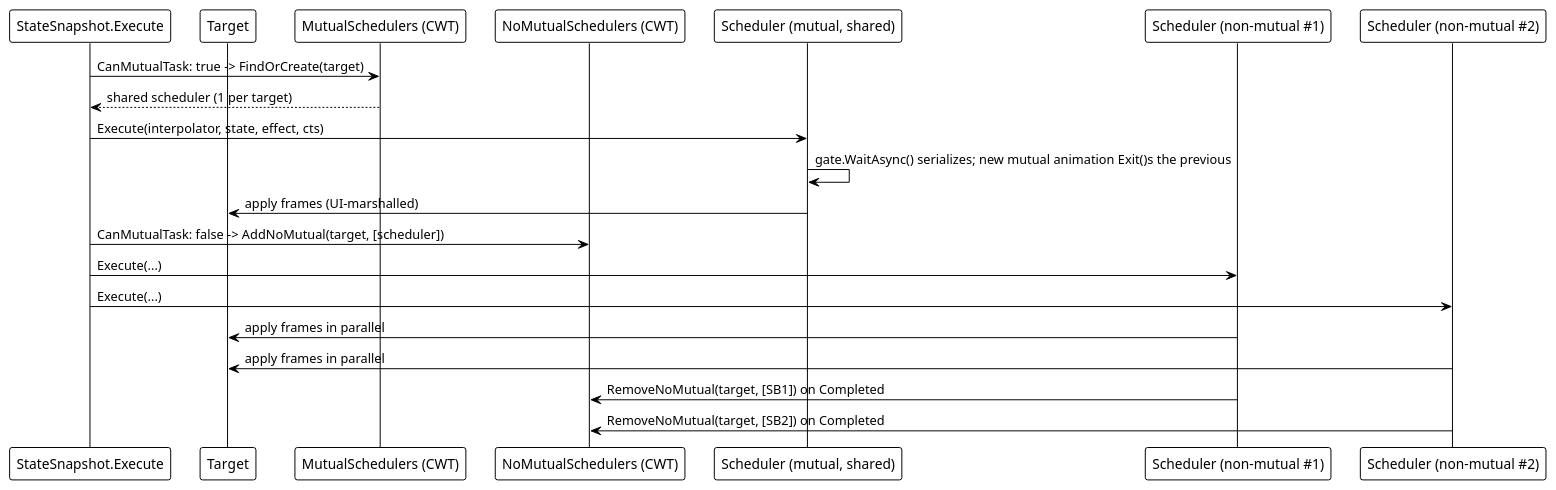
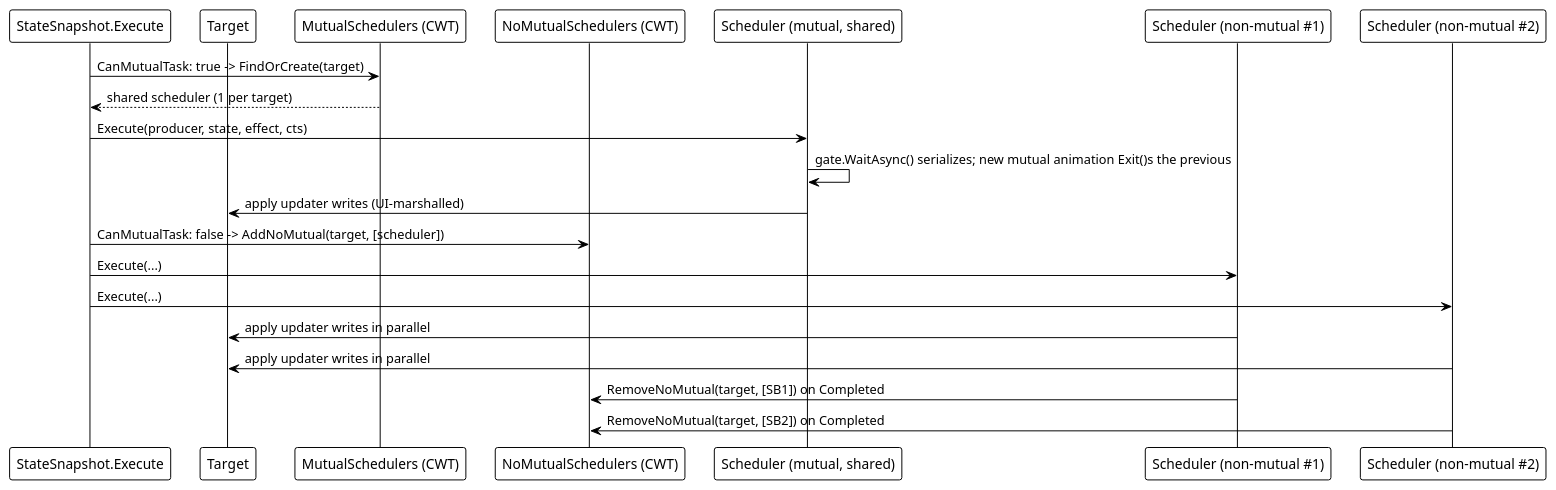
The fourth of 4 diagrams in src/CloudGlyph/Assets/Docs/content/en/3_SE_Analysis/03_data-flow/03_transition/index.md (Axvser/VeloxDev.Docs), drawn with PlantUML before and after one commit. The commit also changed other lines of this file and 41 other files, not shown here.

````diff
--- a/src/CloudGlyph/Assets/Docs/content/en/3_SE_Analysis/03_data-flow/03_transition/index.md
+++ b/src/CloudGlyph/Assets/Docs/content/en/3_SE_Analysis/03_data-flow/03_transition/index.md
@@ -163,27 +172,27 @@
 ```plantuml
 @startuml
 !theme plain
 
 participant "StateSnapshot.Execute" as EX
 participant "Target" as T
 participant "MutualSchedulers (CWT)" as MWT
 participant "NoMutualSchedulers (CWT)" as NWT
 participant "Scheduler (mutual, shared)" as SA
 participant "Scheduler (non-mutual #1)" as SB1
 participant "Scheduler (non-mutual #2)" as SB2
 
 EX -> MWT: CanMutualTask: true -> FindOrCreate(target)
 MWT --> EX: shared scheduler (1 per target)
-EX -> SA: Execute(interpolator, state, effect, cts)
+EX -> SA: Execute(producer, state, effect, cts)
 SA -> SA: gate.WaitAsync() serializes; new mutual animation Exit()s the previous
-SA -> T: apply frames (UI-marshalled)
+SA -> T: apply updater writes (UI-marshalled)
 
 EX -> NWT: CanMutualTask: false -> AddNoMutual(target, [scheduler])
 EX -> SB1: Execute(...)
 EX -> SB2: Execute(...)
-SB1 -> T: apply frames in parallel
-SB2 -> T: apply frames in parallel
+SB1 -> T: apply updater writes in parallel
+SB2 -> T: apply updater writes in parallel
 SB1 -> NWT: RemoveNoMutual(target, [SB1]) on Completed
 SB2 -> NWT: RemoveNoMutual(target, [SB2]) on Completed
 @enduml
 ```
````
